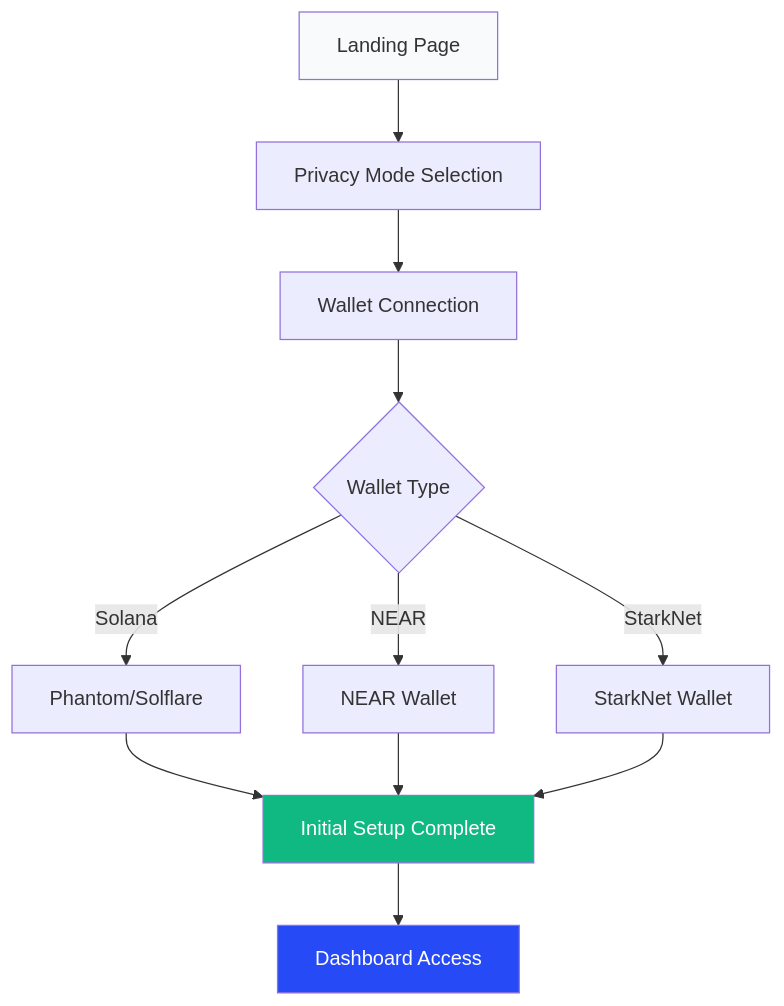
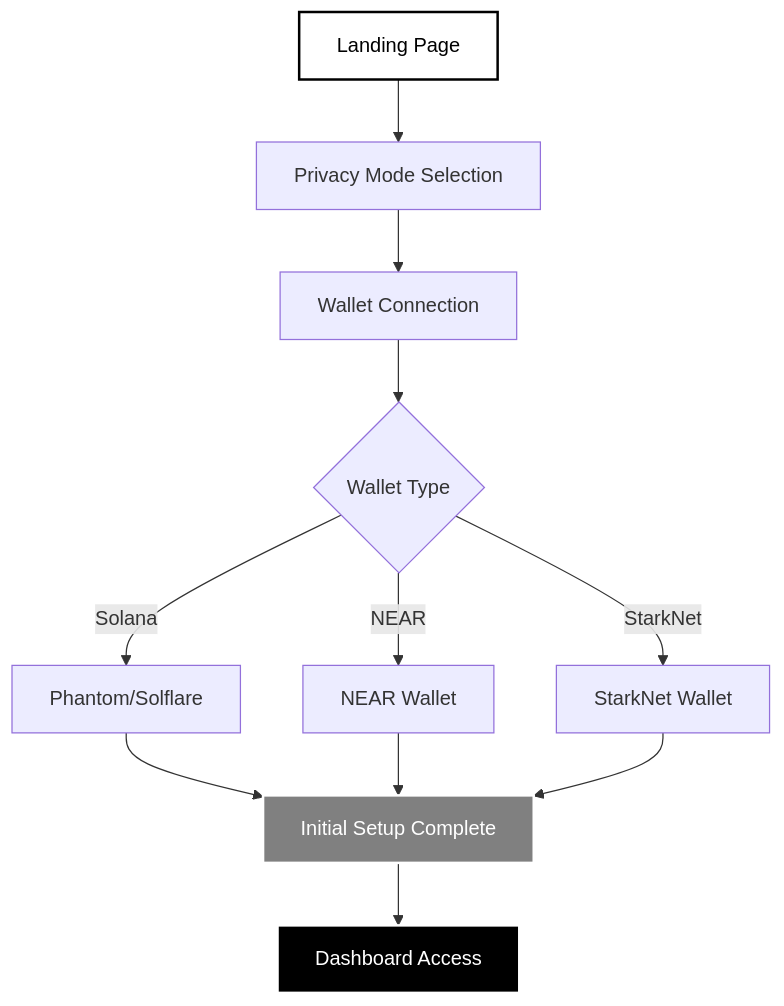
Before and after one commit to WaveTek-co/WaveSwap: the second of 9 diagrams in WHAT.md, drawn with Mermaid. The commit also changed other lines of this file and 56 other files, not shown here.

````diff
--- a/WHAT.md
+++ b/WHAT.md
@@ -65,17 +67,21 @@
 ```mermaid
 flowchart TD
     A[Landing Page] --> B[Privacy Mode Selection]
     B --> C[Wallet Connection]
     C --> D{Wallet Type}
     D -->|Solana| E[Phantom/Solflare]
     D -->|NEAR| F[NEAR Wallet]
     D -->|StarkNet| G[StarkNet Wallet]
     E --> H[Initial Setup Complete]
     F --> H
     G --> H
     H --> I[Dashboard Access]
 
-    style A fill:#f8fafc
-    style H fill:#10b981,color:#fff
-    style I fill:#264af5,color:#fff
+    classDef orcaPrimary fill:#000000,color:#ffffff,stroke:#ffffff,stroke-width:2px
+    classDef orcaSecondary fill:#ffffff,color:#000000,stroke:#000000,stroke-width:2px
+    classDef orcaSuccess fill:#808080,color:#ffffff,stroke:#ffffff,stroke-width:2px
+
+    class H orcaSuccess
+    class I orcaPrimary
+    class A orcaSecondary
 ```
````
